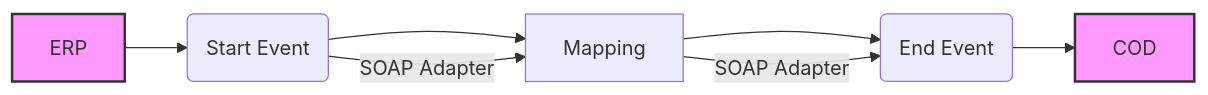
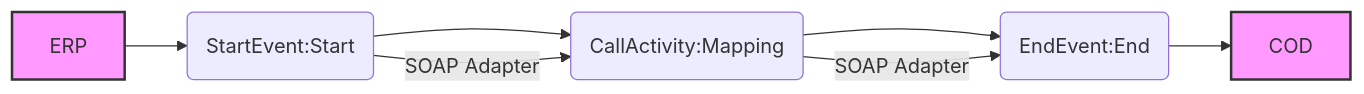
The diagram in REPSOL - Demo IA Docs/Check_Connectivity_from_SAP_Business_Suite_-_REPSOL/1.0.3/readme.md (Avvale-IA-CICD/AvvaleCPI), drawn with Mermaid before and after one commit. The commit also changed other lines of this file, not shown here.

````diff
--- a/REPSOL - Demo IA Docs/Check_Connectivity_from_SAP_Business_Suite_-_REPSOL/1.0.3/readme.md
+++ b/REPSOL - Demo IA Docs/Check_Connectivity_from_SAP_Business_Suite_-_REPSOL/1.0.3/readme.md
@@ -4,11 +4,11 @@
 ```mermaid
 graph LR
-    ERP[ERP] --> SOAP_ERP(Start Event)
-    SOAP_ERP --> Mapping
-    Mapping --> SOAP_COD(End Event)
+    ERP[ERP] --> SOAP_ERP(StartEvent:Start)
+    SOAP_ERP --> Mapping(CallActivity:Mapping)
+    Mapping --> SOAP_COD(EndEvent:End)
     SOAP_COD --> COD[COD]
     style ERP fill:#f9f,stroke:#333,stroke-width:2px
     style COD fill:#f9f,stroke:#333,stroke-width:2px
     SOAP_ERP -- SOAP Adapter --> Mapping
     Mapping -- SOAP Adapter --> SOAP_COD
 ```
````
